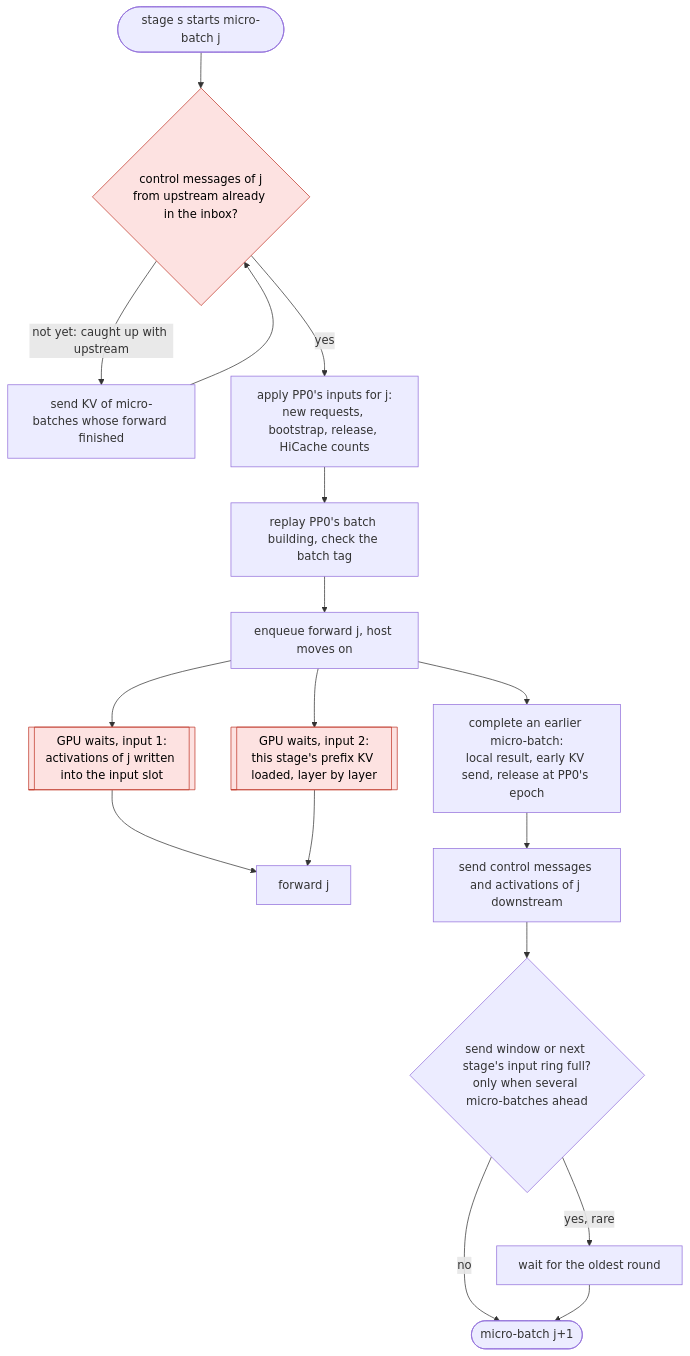
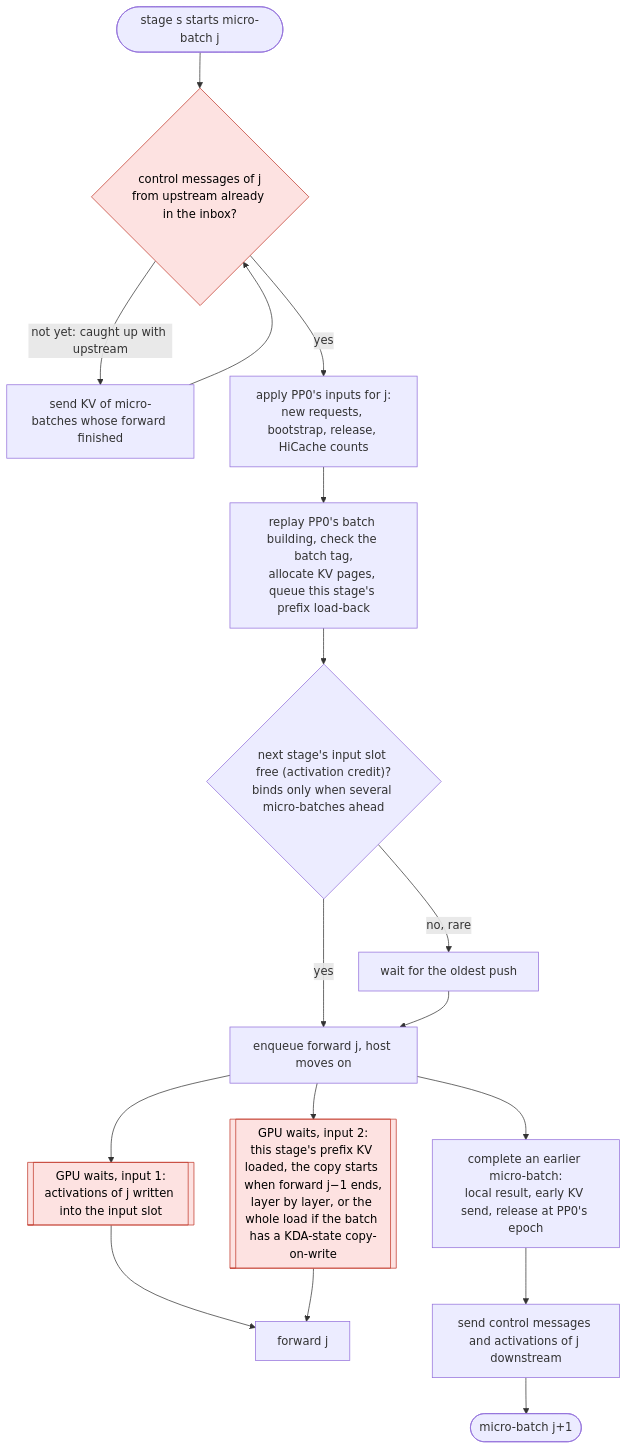
The diagram in docs/design/async_pp_prefill.md (YAMY1234/sglang), drawn with Mermaid before and after one commit. The commit also changed other lines of this file and 4 other files, not shown here.

Commit message:
docs: AsyncPP design doc - three-lane timelines (host / GPU / load stream), ideal load-back and host-round figures, load-back fence and push corrections

````diff
--- a/docs/design/async_pp_prefill.md
+++ b/docs/design/async_pp_prefill.md
@@ -151,21 +193,21 @@
 ```mermaid
 flowchart TD
     start(["stage s starts micro-batch j"]) --> inbox{"control messages of j<br/>from upstream already in the inbox?"}
     inbox -->|"not yet: caught up with upstream"| idle["send KV of micro-batches whose forward finished"]
     idle --> inbox
     inbox -->|yes| apply["apply PP0's inputs for j:<br/>new requests, bootstrap, release, HiCache counts"]
-    apply --> build["replay PP0's batch building, check the batch tag"]
-    build --> launch["enqueue forward j, host moves on"]
+    apply --> build["replay PP0's batch building, check the batch tag,<br/>allocate KV pages, queue this stage's prefix load-back"]
+    build --> credit{"next stage's input slot free (activation credit)?<br/>binds only when several micro-batches ahead"}
+    credit -->|yes| launch["enqueue forward j, host moves on"]
+    credit -->|"no, rare"| waitc["wait for the oldest push"]
+    waitc --> launch
     launch --> b1[["GPU waits, input 1:<br/>activations of j written into the input slot"]]
-    launch --> b2[["GPU waits, input 2:<br/>this stage's prefix KV loaded, layer by layer"]]
+    launch --> b2[["GPU waits, input 2:<br/>this stage's prefix KV loaded, the copy starts when forward j−1 ends,<br/>layer by layer, or the whole load if the batch has a KDA-state copy-on-write"]]
     b1 --> fwd["forward j"]
     b2 --> fwd
     launch --> post["complete an earlier micro-batch:<br/>local result, early KV send, release at PP0's epoch"]
     post --> send["send control messages and activations of j downstream"]
-    send --> credit{"send window or next stage's input ring full?<br/>only when several micro-batches ahead"}
-    credit -->|no| nxt(["micro-batch j+1"])
-    credit -->|"yes, rare"| waitc["wait for the oldest round"]
-    waitc --> nxt
+    send --> nxt(["micro-batch j+1"])
     classDef blocker fill:#fde2e1,stroke:#c0392b,color:#000
     class inbox,b1,b2 blocker
 ```
````
